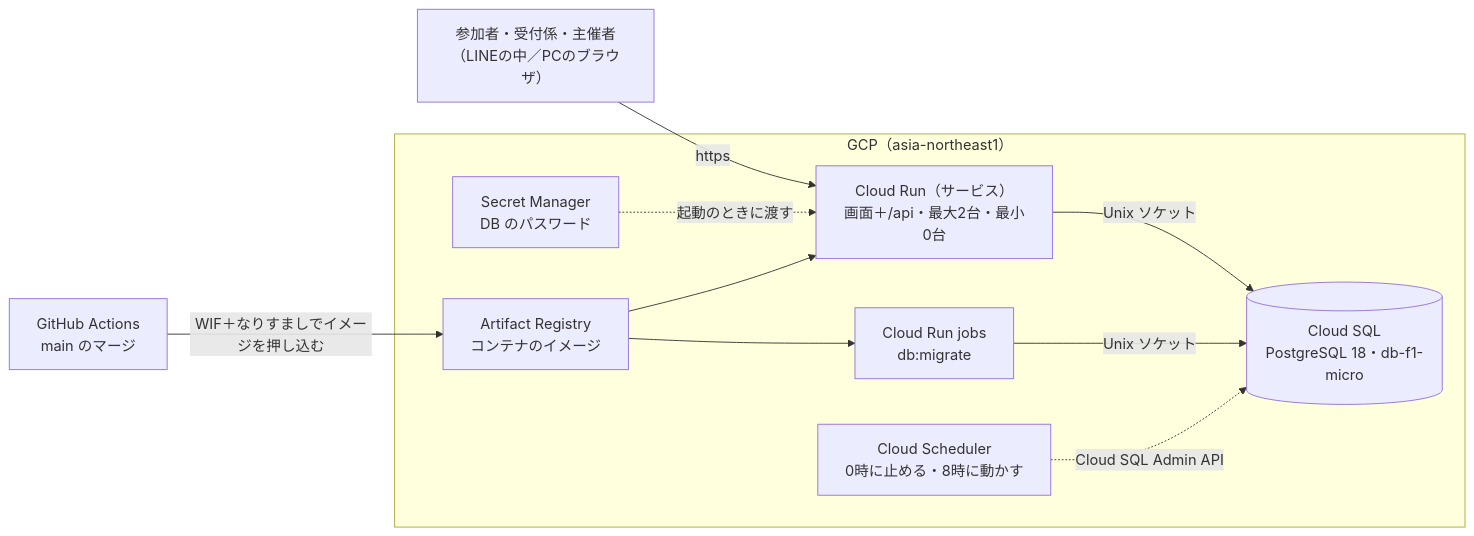
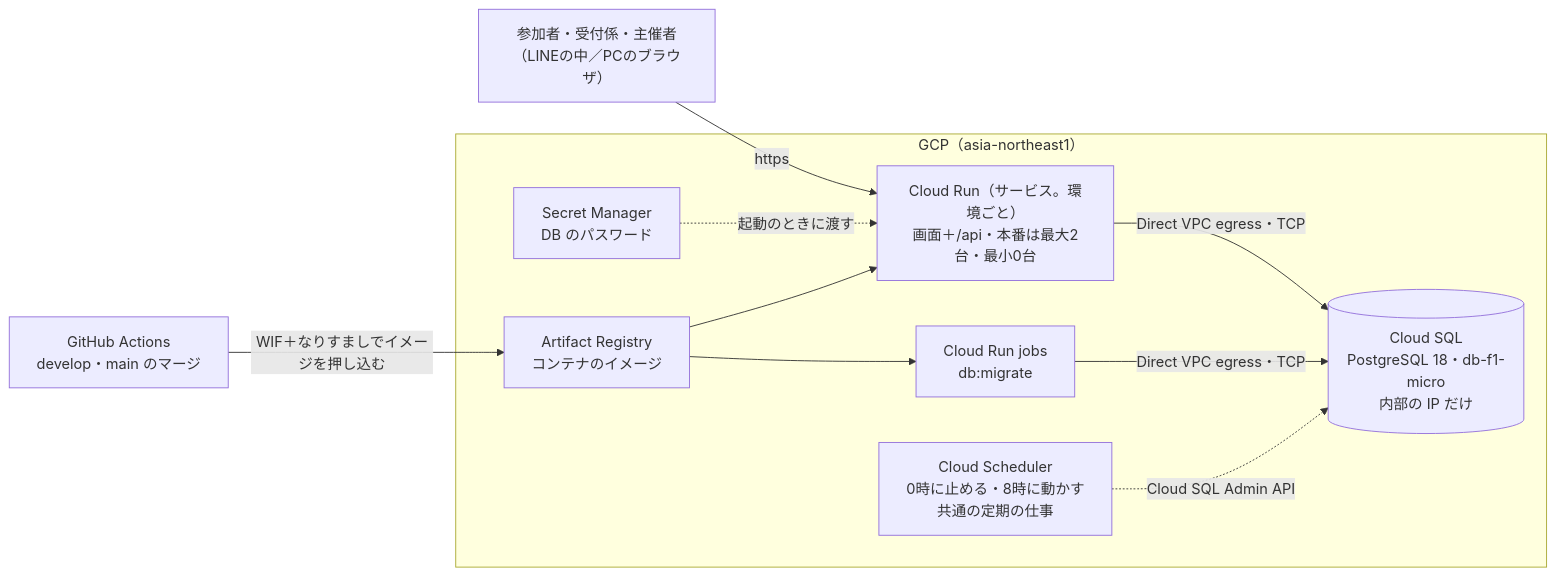
Before and after one commit to takumi-okuya-dev/kanaeru-apps: the first of 4 diagrams in docs/study/gcp.md, drawn with Mermaid. The commit also changed other lines of this file and 5 other files, not shown here.

````diff
--- a/docs/study/gcp.md
+++ b/docs/study/gcp.md
@@ -58,21 +58,21 @@
 ```mermaid
 flowchart LR
   user["参加者・受付係・主催者<br/>（LINEの中／PCのブラウザ）"]
   subgraph gcp["GCP（asia-northeast1）"]
-    run["Cloud Run（サービス）<br/>画面＋/api・最大2台・最小0台"]
+    run["Cloud Run（サービス。環境ごと）<br/>画面＋/api・本番は最大2台・最小0台"]
     job["Cloud Run jobs<br/>db:migrate"]
-    sql[("Cloud SQL<br/>PostgreSQL 18・db-f1-micro")]
+    sql[("Cloud SQL<br/>PostgreSQL 18・db-f1-micro<br/>内部の IP だけ")]
     sm["Secret Manager<br/>DB のパスワード"]
     ar["Artifact Registry<br/>コンテナのイメージ"]
-    sch["Cloud Scheduler<br/>0時に止める・8時に動かす"]
+    sch["Cloud Scheduler<br/>0時に止める・8時に動かす<br/>共通の定期の仕事"]
   end
-  gh["GitHub Actions<br/>main のマージ"]
+  gh["GitHub Actions<br/>develop・main のマージ"]
   user -- "https" --> run
-  run -- "Unix ソケット" --> sql
-  job -- "Unix ソケット" --> sql
+  run -- "Direct VPC egress・TCP" --> sql
+  job -- "Direct VPC egress・TCP" --> sql
   sm -. "起動のときに渡す" .-> run
   gh -- "WIF＋なりすましでイメージを押し込む" --> ar
   ar --> job
   ar --> run
   sch -. "Cloud SQL Admin API" .-> sql
 ```
````
